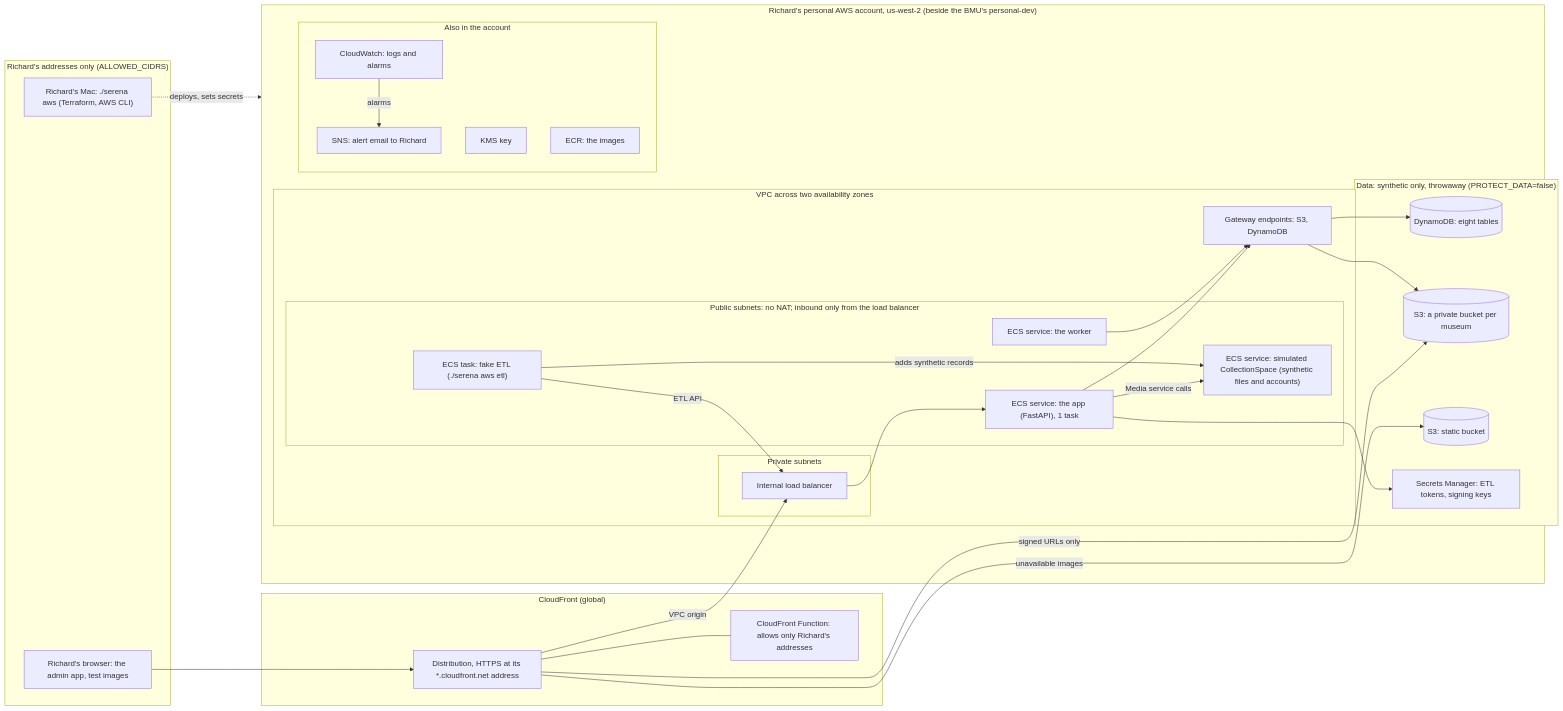
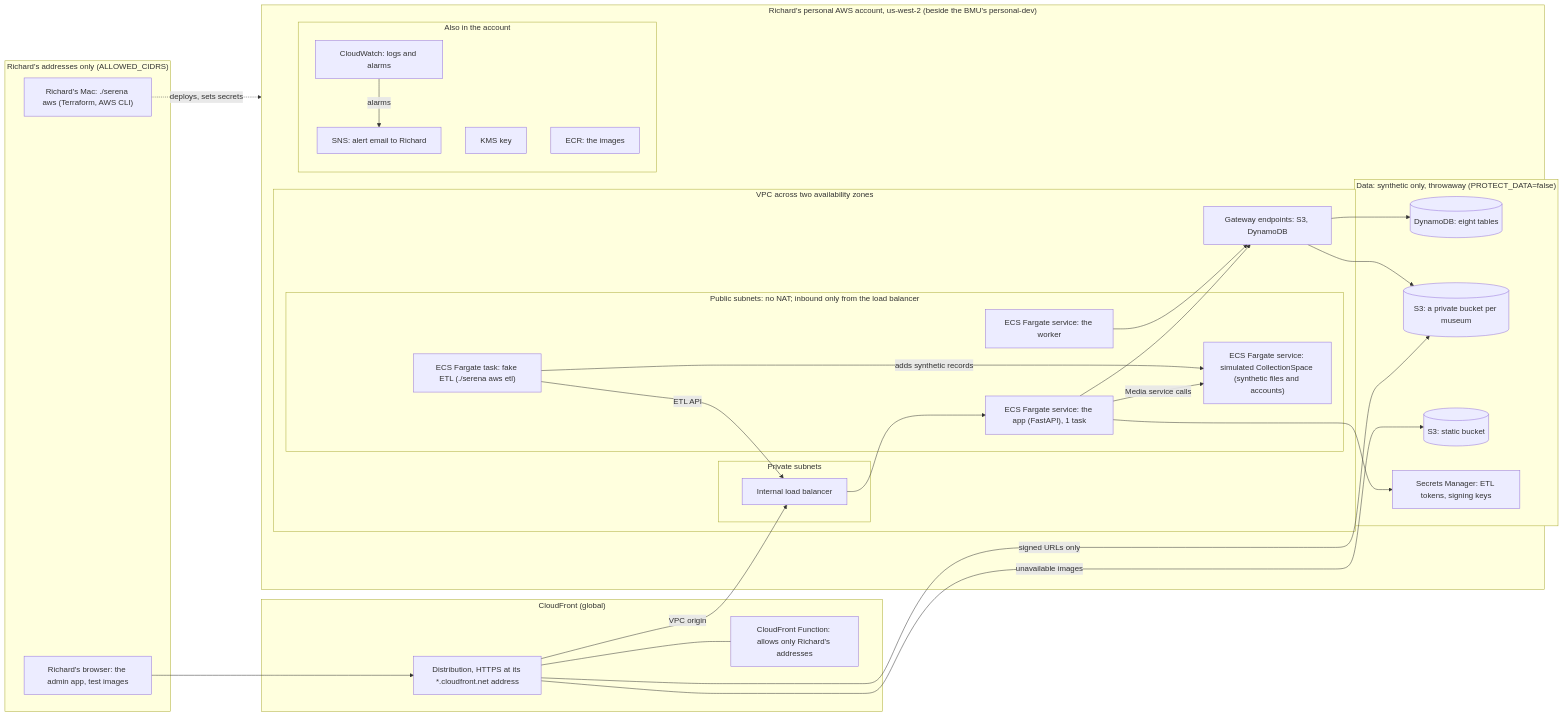
One commit to ets-berkeley-edu/cspace-media-server changed the first of 2 diagrams in deploy/README.md. Above: the diagram before and after it, drawn with Mermaid. The commit also changed other lines of this file, not shown here.

Commit message:
deploy/README.md: label the diagrams' ECS boxes as Fargate
"ECS service" becomes "ECS Fargate service" (and the fake ETL's "ECS task"
becomes "ECS Fargate task") in both deployment diagrams, so the diagrams
show where the containers run, as design.md's Compute section explains.

Claude-Session: https://claude.ai/code/session_01FLkFXVPdowQ7jrZpbX6bmG

````diff
--- a/deploy/README.md
+++ b/deploy/README.md
@@ -148,56 +148,56 @@
 ```mermaid
 flowchart LR
   subgraph callers["Richard's addresses only (ALLOWED_CIDRS)"]
     browser["Richard's browser: the admin app, test images"]
     mac["Richard's Mac: ./serena aws (Terraform, AWS CLI)"]
   end
 
   subgraph edge["CloudFront (global)"]
     cf["Distribution, HTTPS at its *.cloudfront.net address"]
     fn["CloudFront Function: allows only Richard's addresses"]
   end
 
   subgraph account["Richard's personal AWS account, us-west-2 (beside the BMU's personal-dev)"]
     subgraph vpc["VPC across two availability zones"]
       subgraph private["Private subnets"]
         alb["Internal load balancer"]
       end
       subgraph public["Public subnets: no NAT; inbound only from the load balancer"]
-        web["ECS service: the app (FastAPI), 1 task"]
-        worker["ECS service: the worker"]
-        sim["ECS service: simulated CollectionSpace (synthetic files and accounts)"]
-        fake["ECS task: fake ETL (./serena aws etl)"]
+        web["ECS Fargate service: the app (FastAPI), 1 task"]
+        worker["ECS Fargate service: the worker"]
+        sim["ECS Fargate service: simulated CollectionSpace (synthetic files and accounts)"]
+        fake["ECS Fargate task: fake ETL (./serena aws etl)"]
       end
       gw["Gateway endpoints: S3, DynamoDB"]
     end
     subgraph data["Data: synthetic only, throwaway (PROTECT_DATA=false)"]
       ddb[("DynamoDB: eight tables")]
       museum[("S3: a private bucket per museum")]
       static[("S3: static bucket")]
       secrets["Secrets Manager: ETL tokens, signing keys"]
     end
     subgraph ops["Also in the account"]
       logs["CloudWatch: logs and alarms"]
       sns["SNS: alert email to Richard"]
       kms["KMS key"]
       ecr["ECR: the images"]
     end
   end
 
   browser --> cf
   cf --- fn
   cf -->|"VPC origin"| alb
   alb --> web
   cf -->|"signed URLs only"| museum
   cf -->|"unavailable images"| static
   web --> gw
   worker --> gw
   gw --> ddb
   gw --> museum
   web --> secrets
   web -->|"Media service calls"| sim
   fake -->|"ETL API"| alb
   fake -->|"adds synthetic records"| sim
   logs -->|"alarms"| sns
   mac -.->|"deploys, sets secrets"| account
 ```
````
